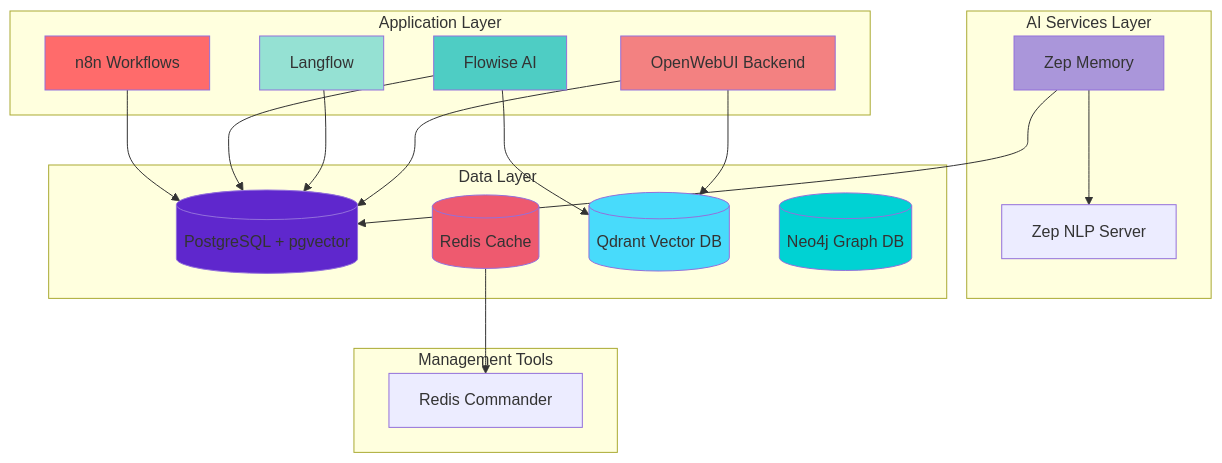
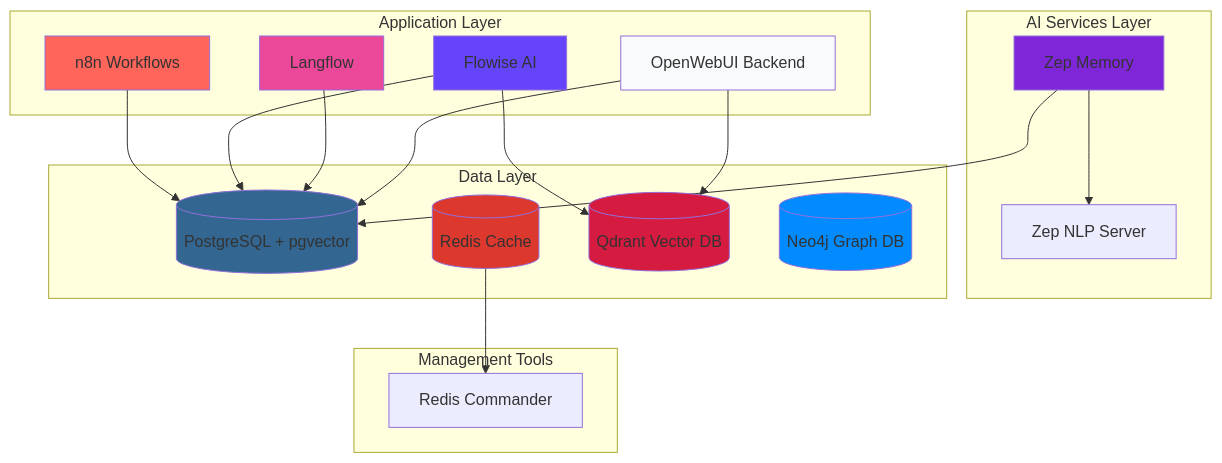
The diagram in README.md (Imad-Oute/nostack), drawn with Mermaid before and after one commit.

Commit message:
Saving this version 2

````diff
--- a/README.md
+++ b/README.md
@@ -118,45 +118,45 @@
 ```mermaid
 graph TB
     subgraph "Application Layer"
         N8N[n8n Workflows]
         FLOWISE[Flowise AI]
         LANGFLOW[Langflow]
         OPENWEBUI[OpenWebUI Backend]
     end
     
     subgraph "AI Services Layer"
         ZEP[Zep Memory]
         ZEPNLP[Zep NLP Server]
     end
     
     subgraph "Data Layer"
         POSTGRES[(PostgreSQL + pgvector)]
         REDIS[(Redis Cache)]
         QDRANT[(Qdrant Vector DB)]
         NEO4J[(Neo4j Graph DB)]
     end
     
     subgraph "Management Tools"
         REDISCMD[Redis Commander]
     end
     
     N8N --> POSTGRES
     FLOWISE --> POSTGRES
     FLOWISE --> QDRANT
     LANGFLOW --> POSTGRES
     OPENWEBUI --> POSTGRES
     OPENWEBUI --> QDRANT
     ZEP --> POSTGRES
     ZEP --> ZEPNLP
     REDIS --> REDISCMD
     
-    style N8N fill:#ff6b6b
-    style FLOWISE fill:#4ecdc4
-    style LANGFLOW fill:#95e1d3
-    style OPENWEBUI fill:#f38181
-    style ZEP fill:#aa96da
-    style POSTGRES fill:#5f27cd
-    style REDIS fill:#ee5a6f
-    style QDRANT fill:#48dbfb
-    style NEO4J fill:#00d2d3
+    style N8N fill:#ff655a
+    style FLOWISE fill:#6544fc
+    style LANGFLOW fill:#ec4899
+    style OPENWEBUI fill:#f9fafb
+    style ZEP fill:#7f26d9
+    style POSTGRES fill:#336791
+    style REDIS fill:#dc382d
+    style QDRANT fill:#d51b3f
+    style NEO4J fill:#018bff
 ```
````
